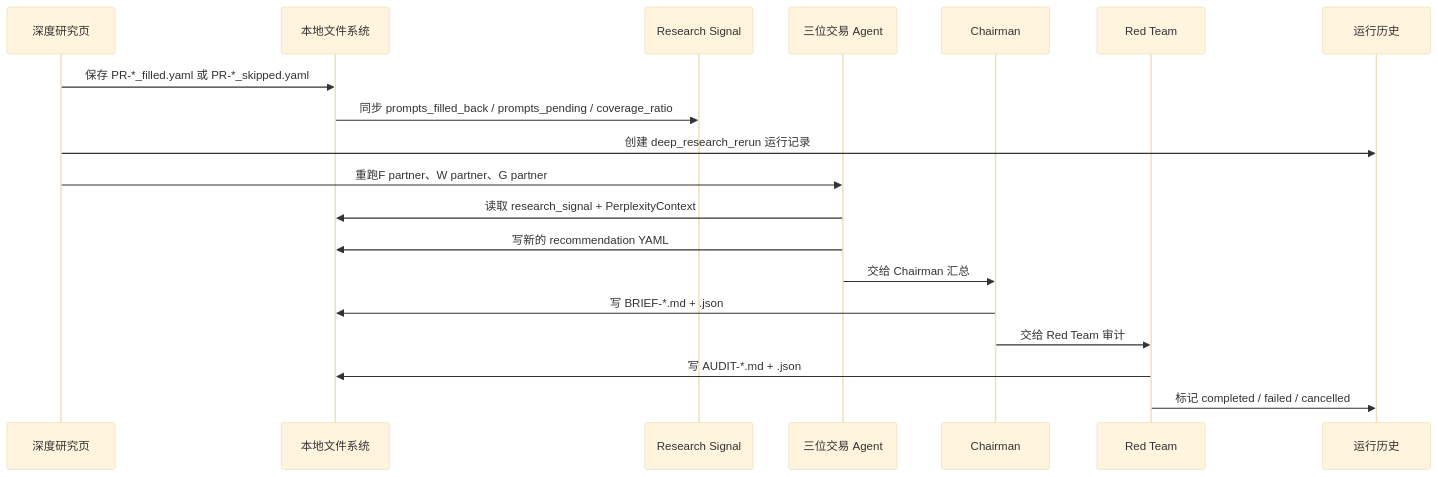
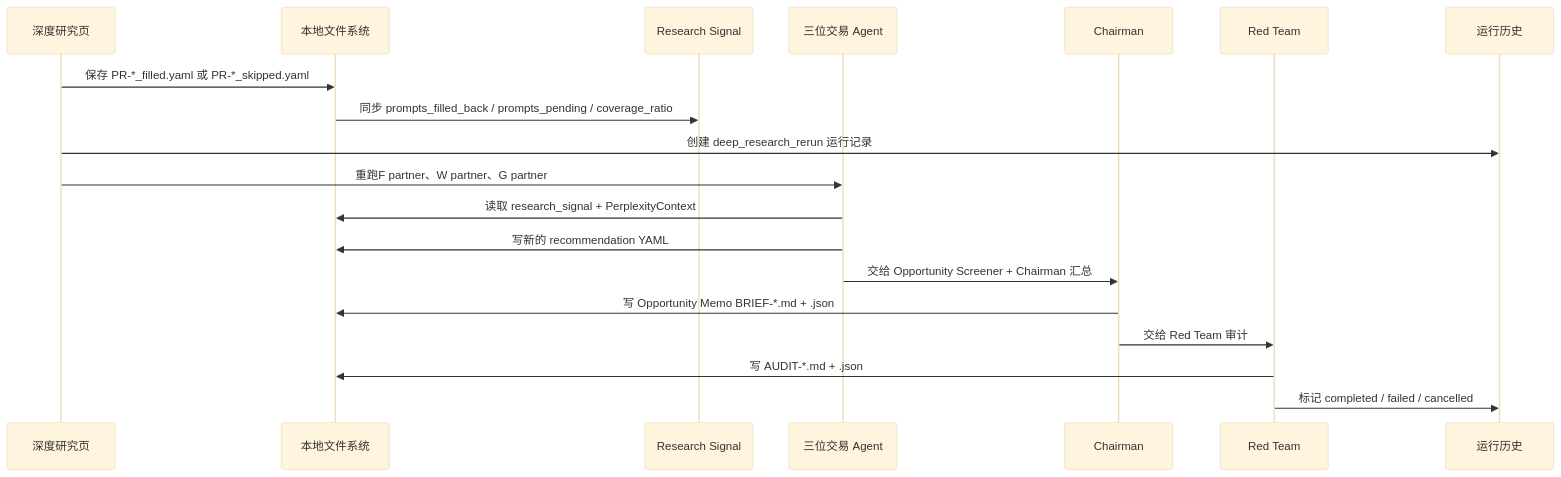
The seventh of 7 diagrams in SYSTEM_FLOW.md (amanayayatu-tech/ksana), drawn with Mermaid (base theme) before and after one commit. The commit also changed other lines of this file and 26 other files, not shown here.

Commit message:
Implement opportunity memo workflow

````diff
--- a/SYSTEM_FLOW.md
+++ b/SYSTEM_FLOW.md
@@ -225,22 +228,22 @@
 ```mermaid
 sequenceDiagram
     participant UI as 深度研究页
     participant File as 本地文件系统
     participant Signal as Research Signal
     participant Agents as 三位交易 Agent
     participant Chairman as Chairman
     participant Red as Red Team
     participant History as 运行历史
 
     UI->>File: 保存 PR-*_filled.yaml 或 PR-*_skipped.yaml
     File->>Signal: 同步 prompts_filled_back / prompts_pending / coverage_ratio
     UI->>History: 创建 deep_research_rerun 运行记录
     UI->>Agents: 重跑F partner、W partner、G partner
     Agents->>File: 读取 research_signal + PerplexityContext
     Agents->>File: 写新的 recommendation YAML
-    Agents->>Chairman: 交给 Chairman 汇总
-    Chairman->>File: 写 BRIEF-*.md + .json
+    Agents->>Chairman: 交给 Opportunity Screener + Chairman 汇总
+    Chairman->>File: 写 Opportunity Memo BRIEF-*.md + .json
     Chairman->>Red: 交给 Red Team 审计
     Red->>File: 写 AUDIT-*.md + .json
     Red->>History: 标记 completed / failed / cancelled
 ```
````
